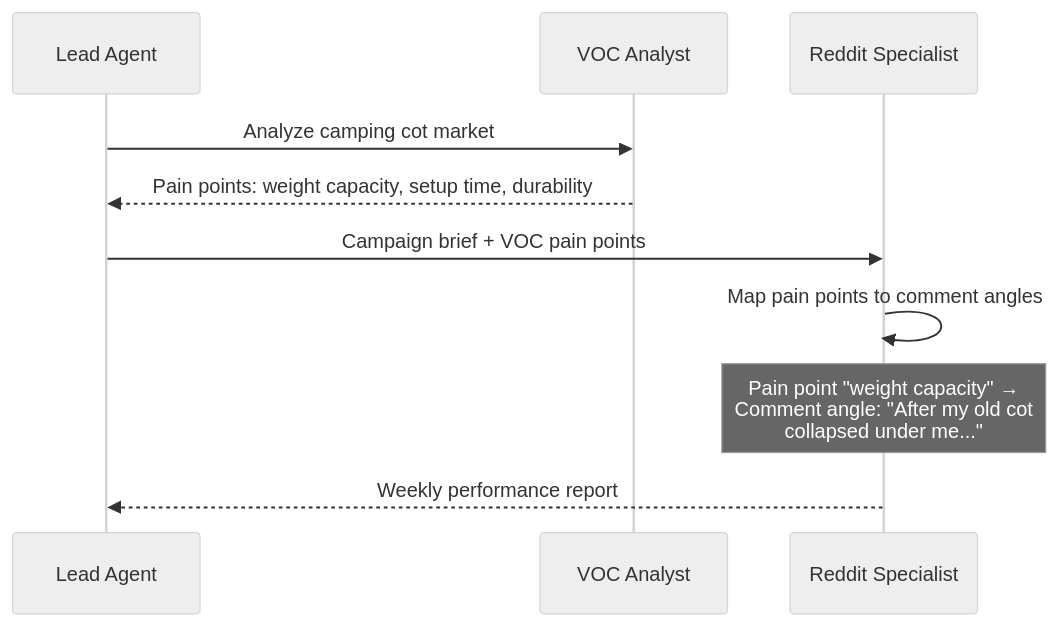
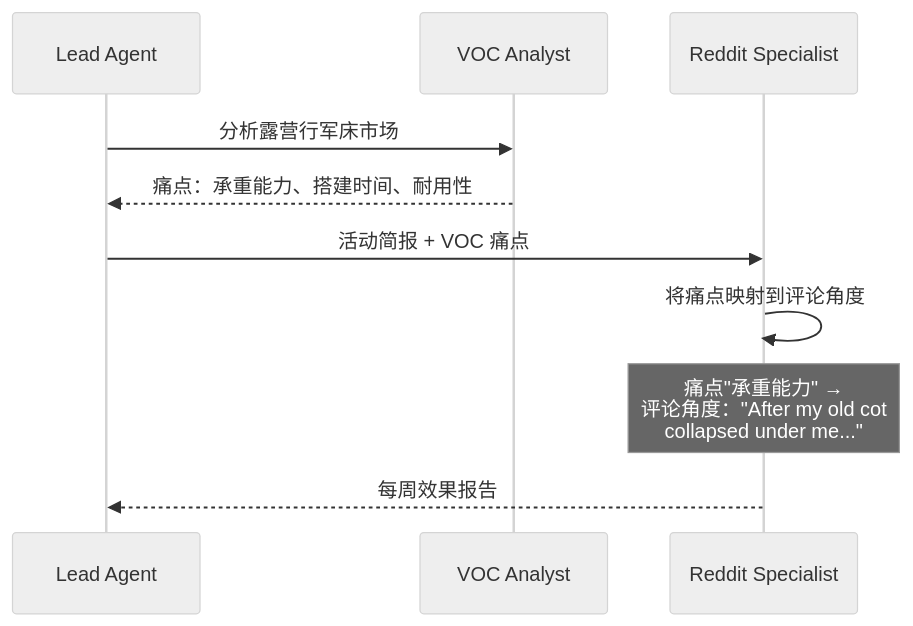
The fifth of 5 diagrams in plans/PLAN-reddit-specialist.md (chan-kinghin/e-commerce-claw), drawn with Mermaid (neutral theme) before and after one commit. The commit also changed other lines of this file and 55 other files, not shown here.

````diff
--- a/plans/PLAN-reddit-specialist.md
+++ b/plans/PLAN-reddit-specialist.md
@@ -1332,13 +1332,13 @@
 ```mermaid
 sequenceDiagram
     participant Lead as Lead Agent
     participant VOC as VOC Analyst
     participant Reddit as Reddit Specialist
 
-    Lead->>VOC: Analyze camping cot market
-    VOC-->>Lead: Pain points: weight capacity, setup time, durability
-    Lead->>Reddit: Campaign brief + VOC pain points
-    Reddit->>Reddit: Map pain points to comment angles
-    Note over Reddit: Pain point "weight capacity" →<br/>Comment angle: "After my old cot<br/>collapsed under me..."
-    Reddit-->>Lead: Weekly performance report
+    Lead->>VOC: 分析露营行军床市场
+    VOC-->>Lead: 痛点：承重能力、搭建时间、耐用性
+    Lead->>Reddit: 活动简报 + VOC 痛点
+    Reddit->>Reddit: 将痛点映射到评论角度
+    Note over Reddit: 痛点"承重能力" →<br/>评论角度："After my old cot<br/>collapsed under me..."
+    Reddit-->>Lead: 每周效果报告
 ```
````
